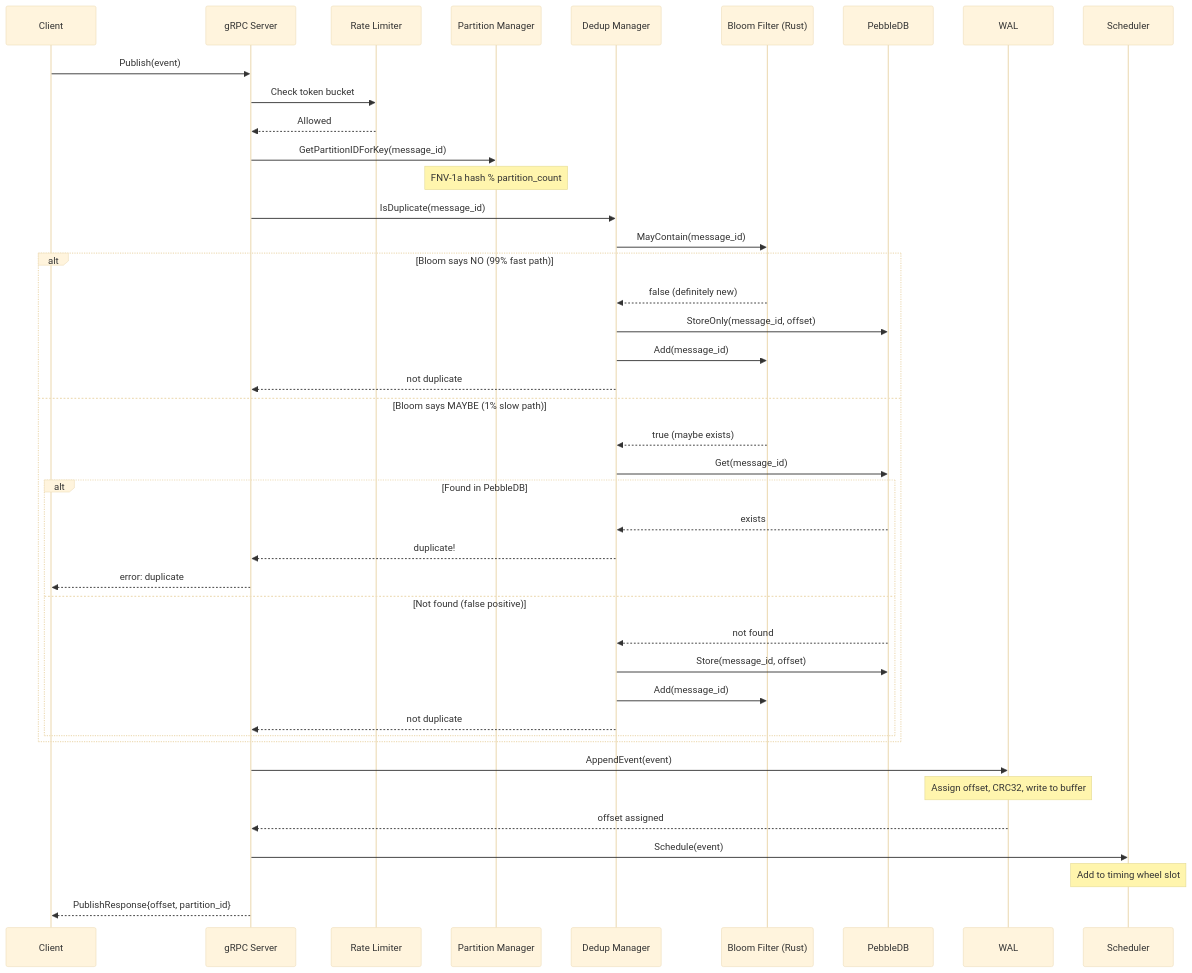
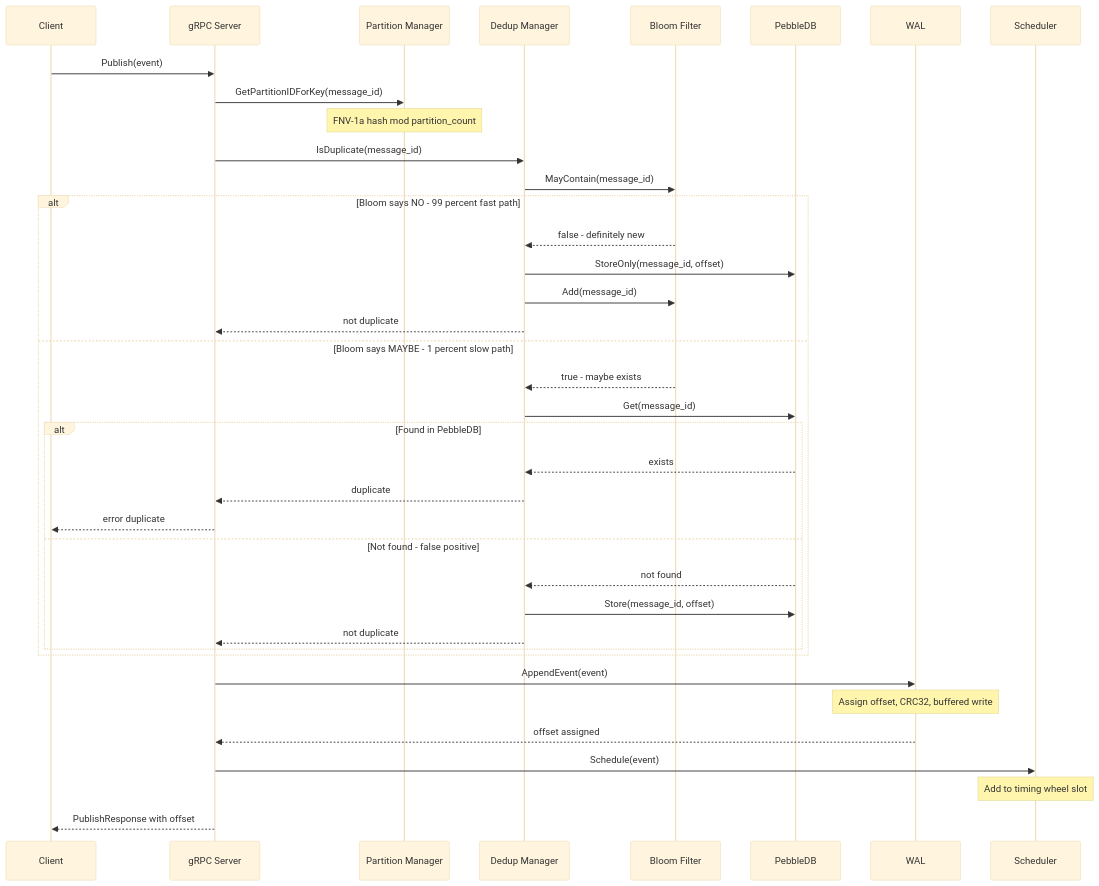
One commit to jatin711-debug/cronos_db_golang changed the fourth of 36 diagrams in ARCHITECTURE.md. Above: the diagram before and after it, drawn with Mermaid (base theme). The commit also changed other lines of this file, not shown here.

First line of the commit message:
docs(architecture): simplify documentation structure and improve clarity

````diff
--- a/ARCHITECTURE.md
+++ b/ARCHITECTURE.md
@@ -169,51 +144,45 @@
 ```mermaid
 sequenceDiagram
     participant Client
     participant gRPC as gRPC Server
-    participant RL as Rate Limiter
     participant PM as Partition Manager
     participant DD as Dedup Manager
-    participant BF as Bloom Filter (Rust)
+    participant BF as Bloom Filter
     participant PDB as PebbleDB
     participant WAL as WAL
     participant SCH as Scheduler
 
     Client->>gRPC: Publish(event)
-    gRPC->>RL: Check token bucket
-    RL-->>gRPC: Allowed
-
     gRPC->>PM: GetPartitionIDForKey(message_id)
-    Note over PM: FNV-1a hash % partition_count
+    Note over PM: FNV-1a hash mod partition_count
 
     gRPC->>DD: IsDuplicate(message_id)
     DD->>BF: MayContain(message_id)
 
-    alt Bloom says NO (99% fast path)
-        BF-->>DD: false (definitely new)
+    alt Bloom says NO - 99 percent fast path
+        BF-->>DD: false - definitely new
         DD->>PDB: StoreOnly(message_id, offset)
         DD->>BF: Add(message_id)
         DD-->>gRPC: not duplicate
-    else Bloom says MAYBE (1% slow path)
-        BF-->>DD: true (maybe exists)
+    else Bloom says MAYBE - 1 percent slow path
+        BF-->>DD: true - maybe exists
         DD->>PDB: Get(message_id)
         alt Found in PebbleDB
             PDB-->>DD: exists
-            DD-->>gRPC: duplicate!
-            gRPC-->>Client: error: duplicate
-        else Not found (false positive)
+            DD-->>gRPC: duplicate
+            gRPC-->>Client: error duplicate
+        else Not found - false positive
             PDB-->>DD: not found
             DD->>PDB: Store(message_id, offset)
-            DD->>BF: Add(message_id)
             DD-->>gRPC: not duplicate
         end
     end
 
     gRPC->>WAL: AppendEvent(event)
-    Note over WAL: Assign offset, CRC32, write to buffer
+    Note over WAL: Assign offset, CRC32, buffered write
     WAL-->>gRPC: offset assigned
 
     gRPC->>SCH: Schedule(event)
     Note over SCH: Add to timing wheel slot
-
-    gRPC-->>Client: PublishResponse{offset, partition_id}
+    gRPC-->>Client: PublishResponse with offset
 ```
````
